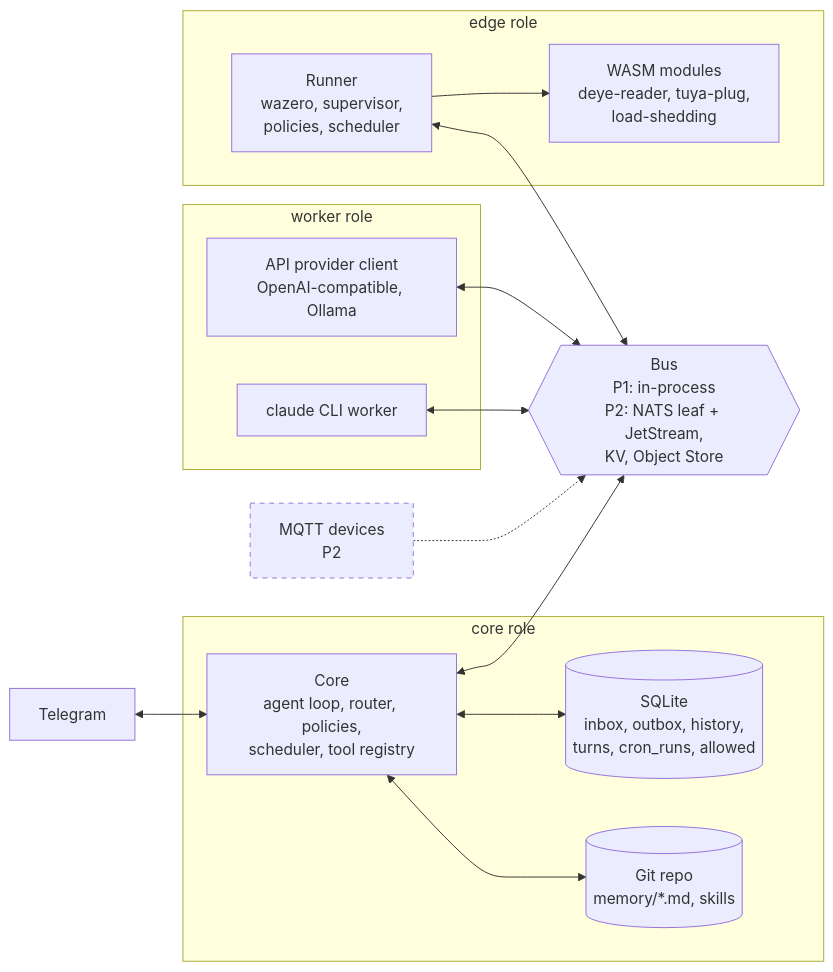
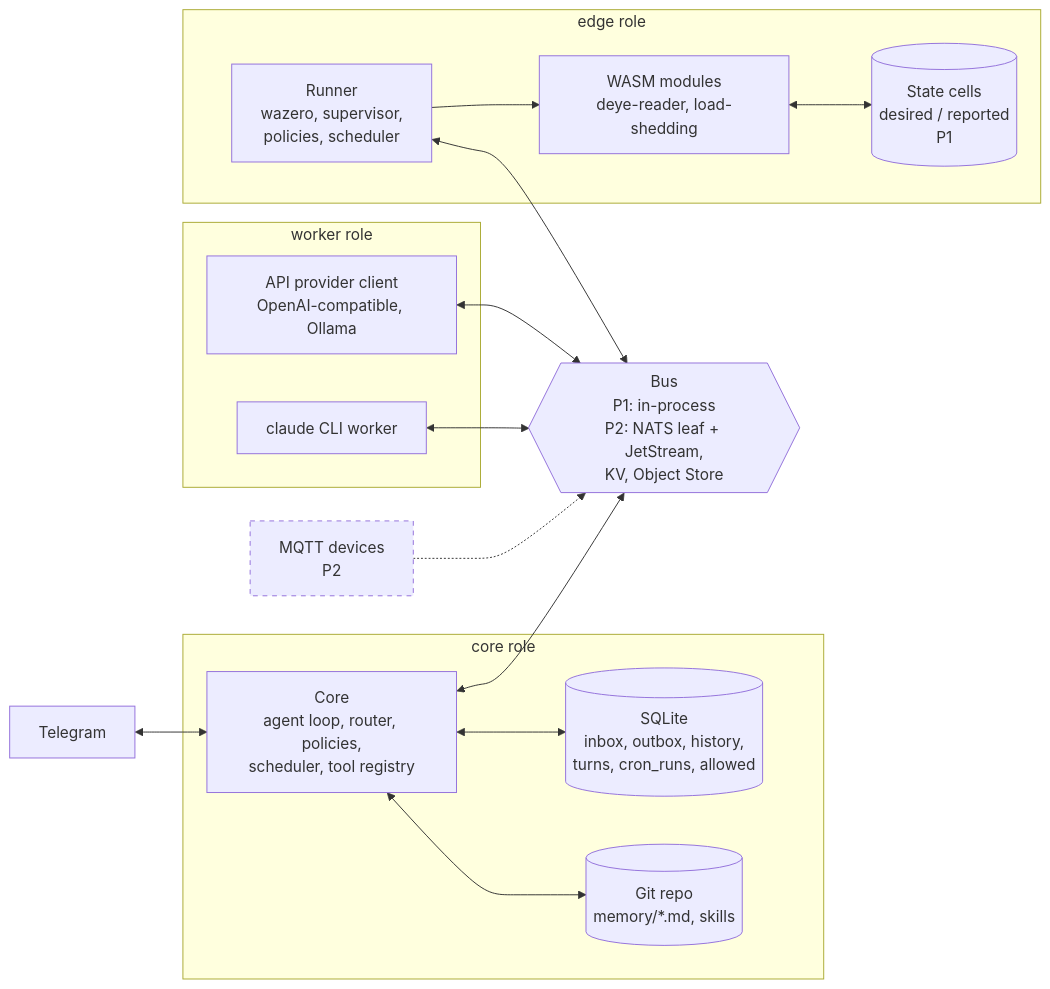
One commit to igorrius/ganglion changed the first of 3 diagrams in docs/architecture/02-containers.md. Above: the diagram before and after it, drawn with Mermaid. The commit also changed other lines of this file and 7 other files, not shown here.

````diff
--- a/docs/architecture/02-containers.md
+++ b/docs/architecture/02-containers.md
@@ -9,36 +9,38 @@
 ```mermaid
 flowchart LR
     tg["Telegram"]
     mqttdev["MQTT devices<br/>P2"]
 
     subgraph corerole["core role"]
         corep["Core<br/>agent loop, router, policies,<br/>scheduler, tool registry"]
         sqlite[("SQLite<br/>inbox, outbox, history,<br/>turns, cron_runs, allowed")]
         memrepo[("Git repo<br/>memory/*.md, skills")]
     end
 
     subgraph edgerole["edge role"]
         runner["Runner<br/>wazero, supervisor,<br/>policies, scheduler"]
-        mods["WASM modules<br/>deye-reader, tuya-plug,<br/>load-shedding"]
+        mods["WASM modules<br/>deye-reader, load-shedding"]
+        cells[("State cells<br/>desired / reported<br/>P1")]
     end
 
     subgraph workerrole["worker role"]
         api["API provider client<br/>OpenAI-compatible, Ollama"]
         cli["claude CLI worker"]
     end
 
     bus{{"Bus<br/>P1: in-process<br/>P2: NATS leaf + JetStream,<br/>KV, Object Store"}}
 
     tg <--> corep
     corep <--> sqlite
     corep <--> memrepo
     corep <--> bus
     runner <--> bus
     runner --> mods
+    mods <--> cells
     api <--> bus
     cli <--> bus
     mqttdev -.-> bus
 
     classDef planned stroke-dasharray: 5 5
     class mqttdev planned
 ```
````
